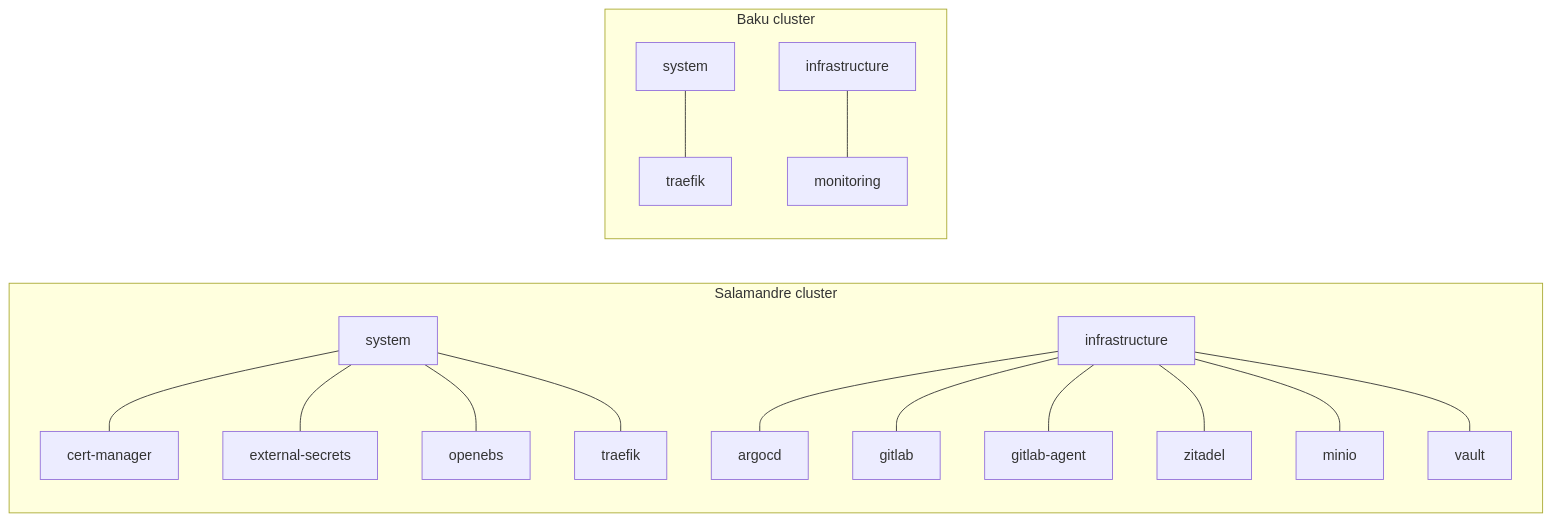
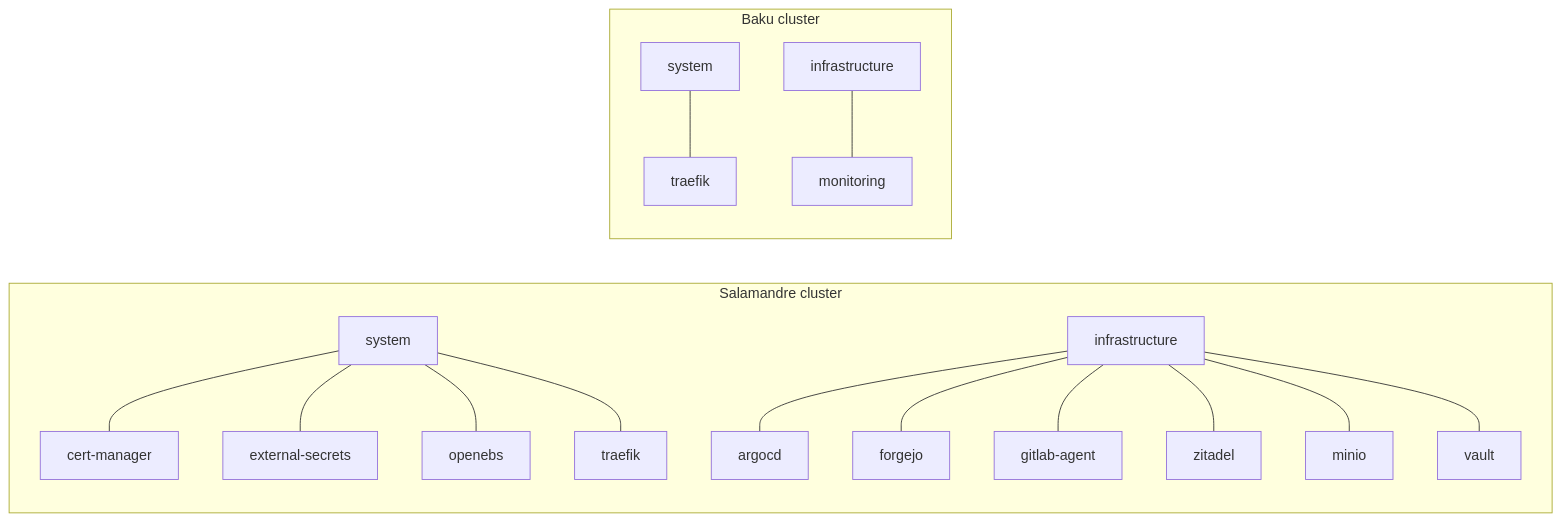
One commit to sebtiz13/homecluster changed the first of 2 diagrams in docs/references/architecture/overview.md. Above: the diagram before and after it, drawn with Mermaid. The commit also changed other lines of this file and 38 other files, not shown here.

Commit message:
refactor(apps): replace gitlab by forgejo

````diff
--- a/docs/references/architecture/overview.md
+++ b/docs/references/architecture/overview.md
@@ -5,21 +5,21 @@
 ```mermaid
 graph LR
   subgraph "Salamandre cluster"
     s-system[system] --- cert-manager
     s-system --- external-secrets
     s-system --- openebs
     s-system --- s-traefik[traefik]
 
     s-infrastructure[infrastructure] --- argocd
-    s-infrastructure --- gitlab
+    s-infrastructure --- forgejo
     s-infrastructure --- gitlab-agent
     s-infrastructure --- zitadel
     s-infrastructure --- minio
     s-infrastructure --- vault
   end
 
   subgraph "Baku cluster"
     b-system[system] --- b-traefik[traefik]
     b-infrastructure[infrastructure] --- monitoring
   end
 ```
````
